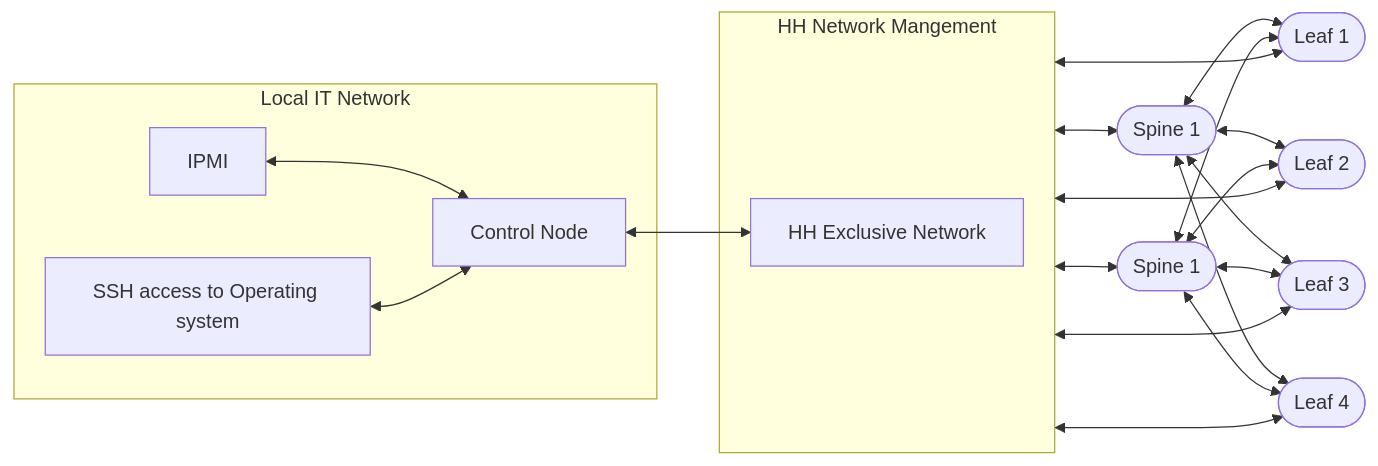
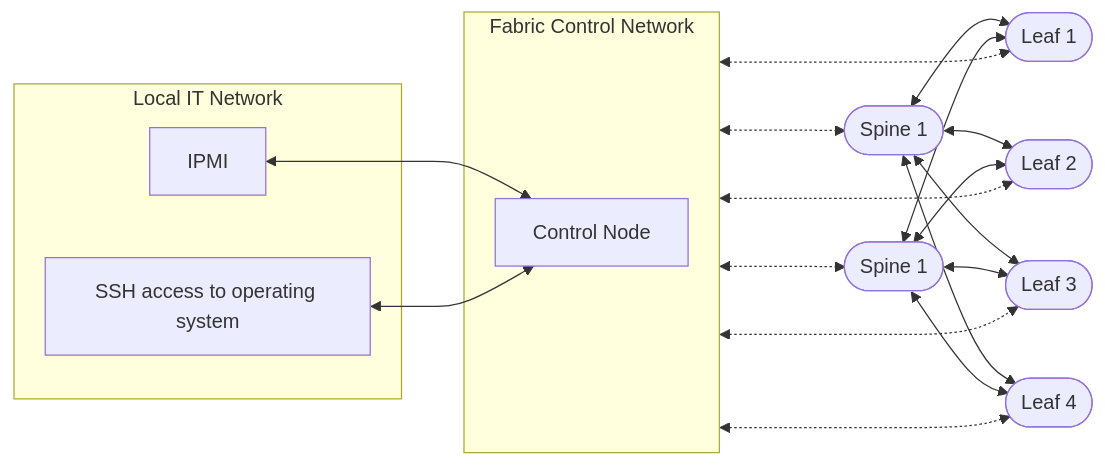
One commit to githedgehog/docs changed the diagram in docs/install-upgrade/install.md. Above: the diagram before and after it, drawn with Mermaid. The commit also changed other lines of this file, not shown here.

````diff
--- a/docs/install-upgrade/install.md
+++ b/docs/install-upgrade/install.md
@@ -98,28 +115,27 @@
 ```mermaid
-graph LR
+flowchart LR
 
-N1[IPMI]
-N2[SSH access to Operating system]
-N3[HH Exclusive Network]
-C1[Control Node]
 S1([Spine 1])
 S2([Spine 1])
 L1([Leaf 1])
 L2([Leaf 2])
 L3([Leaf 3])
 L4([Leaf 4])
 
-subgraph itnet [Local IT Network]
-N1 <--> C1
-N2 <--> C1
+subgraph ctrlnet [Fabric Control Network]
+    C1[Control Node]
 end
 
-subgraph hhnet [HH Network Mangement]
-C1 <--> N3
+subgraph localnet [Local IT Network]
+    N1[IPMI]
+    N2[SSH access to operating system]
+    N1 <--> C1
+    N2 <--> C1
 end
+
 
 S1 & S2 <--> L1 & L2 & L3 & L4
 
-hhnet <-->  S1 & S2 & L1 & L2 & L3 & L4
+ctrlnet <-..->  S1 & S2 & L1 & L2 & L3 & L4
 
 ```
````
